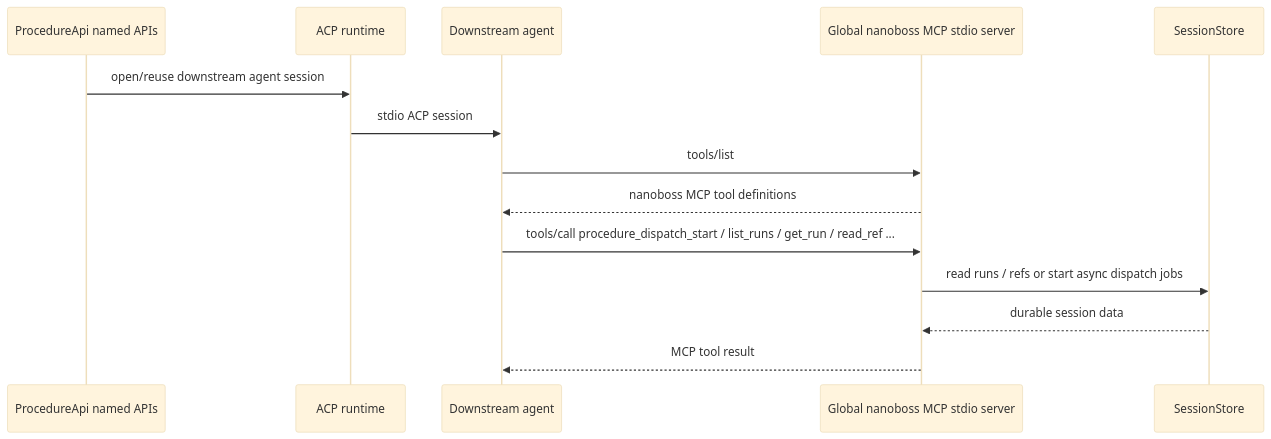
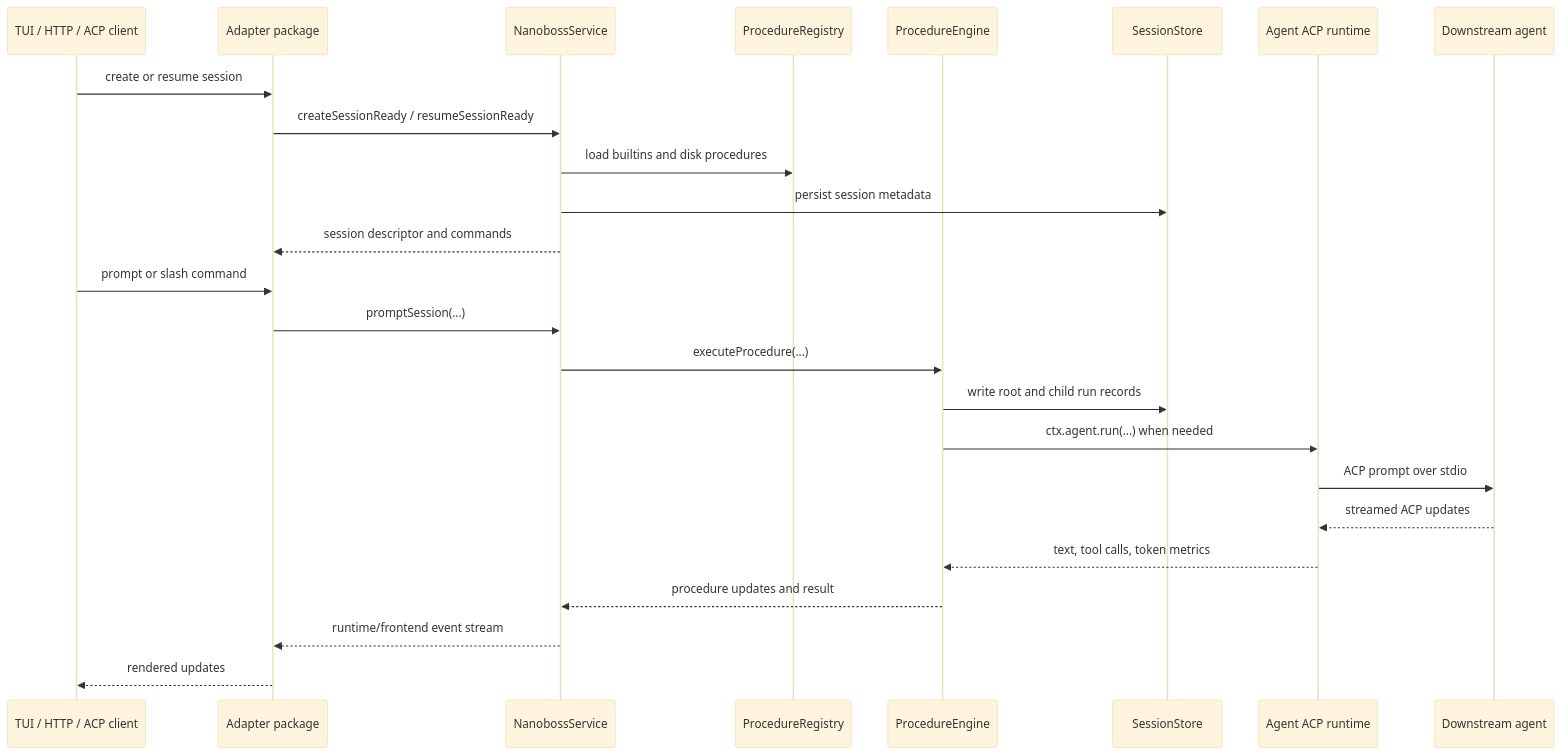
Before and after one commit to jflam/nano-agentboss: the second of 4 diagrams in docs/architecture.md, drawn with Mermaid (base theme). The commit also changed other lines of this file, not shown here.

Commit message:
Document refactor architecture review

````diff
--- a/docs/architecture.md
+++ b/docs/architecture.md
@@ -192,19 +117,29 @@
 ```mermaid
 sequenceDiagram
-  participant Ctx as ProcedureApi named APIs
-  participant ACP as ACP runtime
-  participant Agent as Downstream agent
-  participant MCP as Global nanoboss MCP stdio server
+  participant Frontend as TUI / HTTP / ACP client
+  participant Adapter as Adapter package
+  participant Runtime as NanobossService
+  participant Catalog as ProcedureRegistry
+  participant Engine as ProcedureEngine
   participant Store as SessionStore
+  participant Agent as Agent ACP runtime
+  participant Child as Downstream agent
 
-  Ctx->>ACP: open/reuse downstream agent session
-  ACP->>Agent: stdio ACP session
+  Frontend->>Adapter: create or resume session
+  Adapter->>Runtime: createSessionReady / resumeSessionReady
+  Runtime->>Catalog: load builtins and disk procedures
+  Runtime->>Store: persist session metadata
+  Runtime-->>Adapter: session descriptor and commands
 
-  Agent->>MCP: tools/list
-  MCP-->>Agent: nanoboss MCP tool definitions
-
-  Agent->>MCP: tools/call procedure_dispatch_start / list_runs / get_run / read_ref ...
-  MCP->>Store: read runs / refs or start async dispatch jobs
-  Store-->>MCP: durable session data
-  MCP-->>Agent: MCP tool result
+  Frontend->>Adapter: prompt or slash command
+  Adapter->>Runtime: promptSession(...)
+  Runtime->>Engine: executeProcedure(...)
+  Engine->>Store: write root and child run records
+  Engine->>Agent: ctx.agent.run(...) when needed
+  Agent->>Child: ACP prompt over stdio
+  Child-->>Agent: streamed ACP updates
+  Agent-->>Engine: text, tool calls, token metrics
+  Engine-->>Runtime: procedure updates and result
+  Runtime-->>Adapter: runtime/frontend event stream
+  Adapter-->>Frontend: rendered updates
 ```
````
